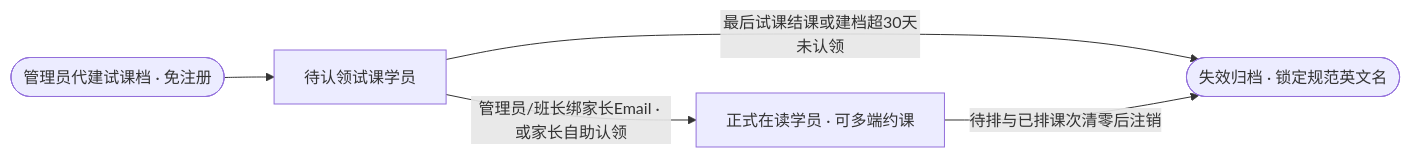
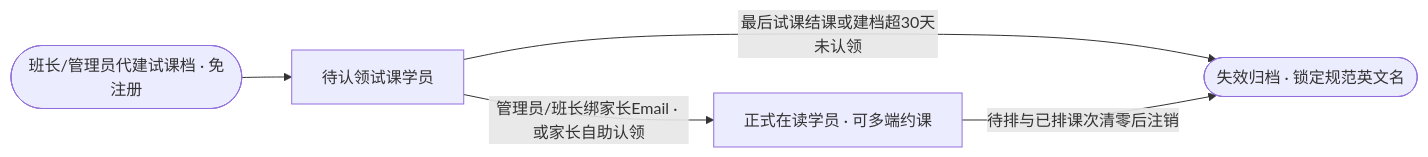
The first of 5 diagrams in docs/guides/admin_manual.md (Onezao/dream), drawn with Mermaid before and after one commit. The commit also changed other lines of this file and 35 other files, not shown here.

````diff
--- a/docs/guides/admin_manual.md
+++ b/docs/guides/admin_manual.md
@@ -117,7 +116,7 @@
 ```mermaid
 flowchart LR
-    AdminNew([管理员代建试课档 · 免注册]) --> Unbound[待认领试课学员]
+    AdminNew([班长/管理员代建试课档 · 免注册]) --> Unbound[待认领试课学员]
     Unbound -->|管理员/班长绑家长Email · 或家长自助认领| Active[正式在读学员 · 可多端约课]
     Unbound -->|最后试课结课或建档超30天未认领| Archived([失效归档 · 锁定规范英文名])
     Active -->|待排与已排课次清零后注销| Archived
 ```
````
